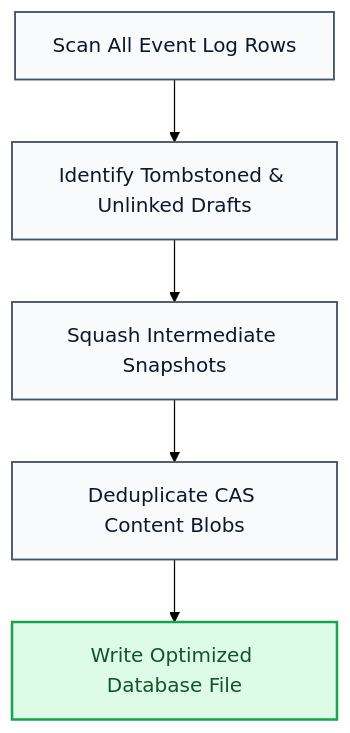
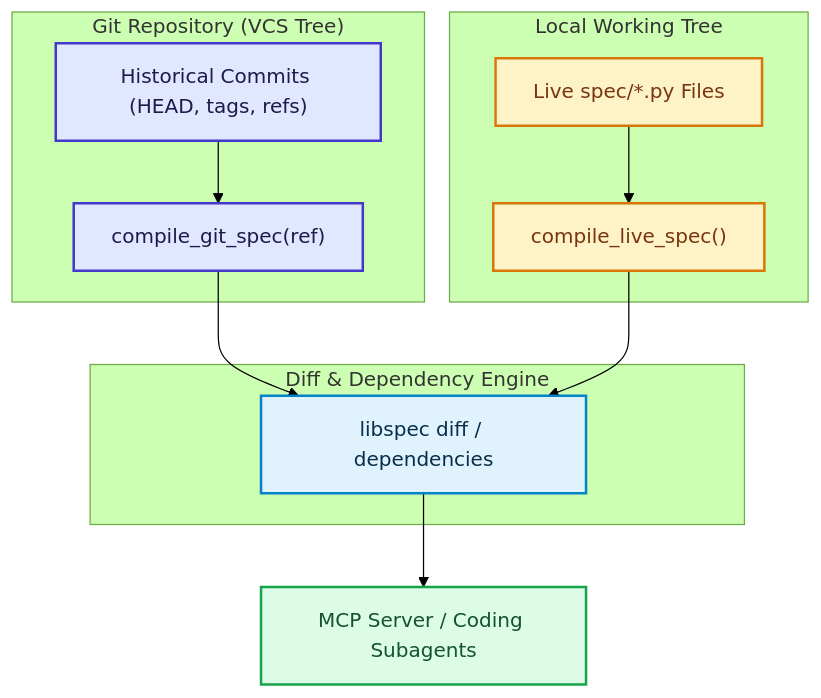
One commit to drhodes/libspec changed the diagram in docs/explanation/architecture.md. Above: the diagram before and after it, drawn with Mermaid (forest theme). The commit also changed other lines of this file and 5 other files, not shown here.

Commit message:
docs: remove legacy SpecStore/database references and document Git-native architecture

````diff
--- a/docs/explanation/architecture.md
+++ b/docs/explanation/architecture.md
@@ -39,10 +21,27 @@
 ```mermaid
-graph TD
-    classDef default fill:#f8fafc,stroke:#475569,stroke-width:1.5px,color:#0f172a;
-    classDef success fill:#dcfce7,stroke:#16a34a,stroke-width:2px,color:#14532d;
+flowchart TD
+    classDef git fill:#e0e7ff,stroke:#4338ca,stroke-width:2px,color:#1e1b4b;
+    classDef live fill:#fef3c7,stroke:#d97706,stroke-width:2px,color:#78350f;
+    classDef diff fill:#e0f2fe,stroke:#0284c7,stroke-width:2px,color:#082f49;
+    classDef agent fill:#dcfce7,stroke:#16a34a,stroke-width:2px,color:#14532d;
 
-    A[Scan All Event Log Rows]:::default --> B[Identify Tombstoned & Unlinked Drafts]:::default
-    B --> C[Squash Intermediate Snapshots]:::default
-    C --> D[Deduplicate CAS Content Blobs]:::default
-    D --> E[Write Optimized Database File]:::success
+    subgraph GitTree ["Git Repository (VCS Tree)"]
+        GitCommit["Historical Commits (HEAD, tags, refs)"]:::git
+        GitSpec["compile_git_spec(ref)"]:::git
+        GitCommit --> GitSpec
+    end
+
+    subgraph Workspace ["Local Working Tree"]
+        LiveFiles["Live spec/*.py Files"]:::live
+        LiveCompiler["compile_live_spec()"]:::live
+        LiveFiles --> LiveCompiler
+    end
+
+    subgraph Engine ["Diff & Dependency Engine"]
+        DiffEngine["libspec diff / dependencies"]:::diff
+        GitSpec --> DiffEngine
+        LiveCompiler --> DiffEngine
+    end
+
+    DiffEngine --> AgentContext["MCP Server / Coding Subagents"]:::agent
 ```
````
